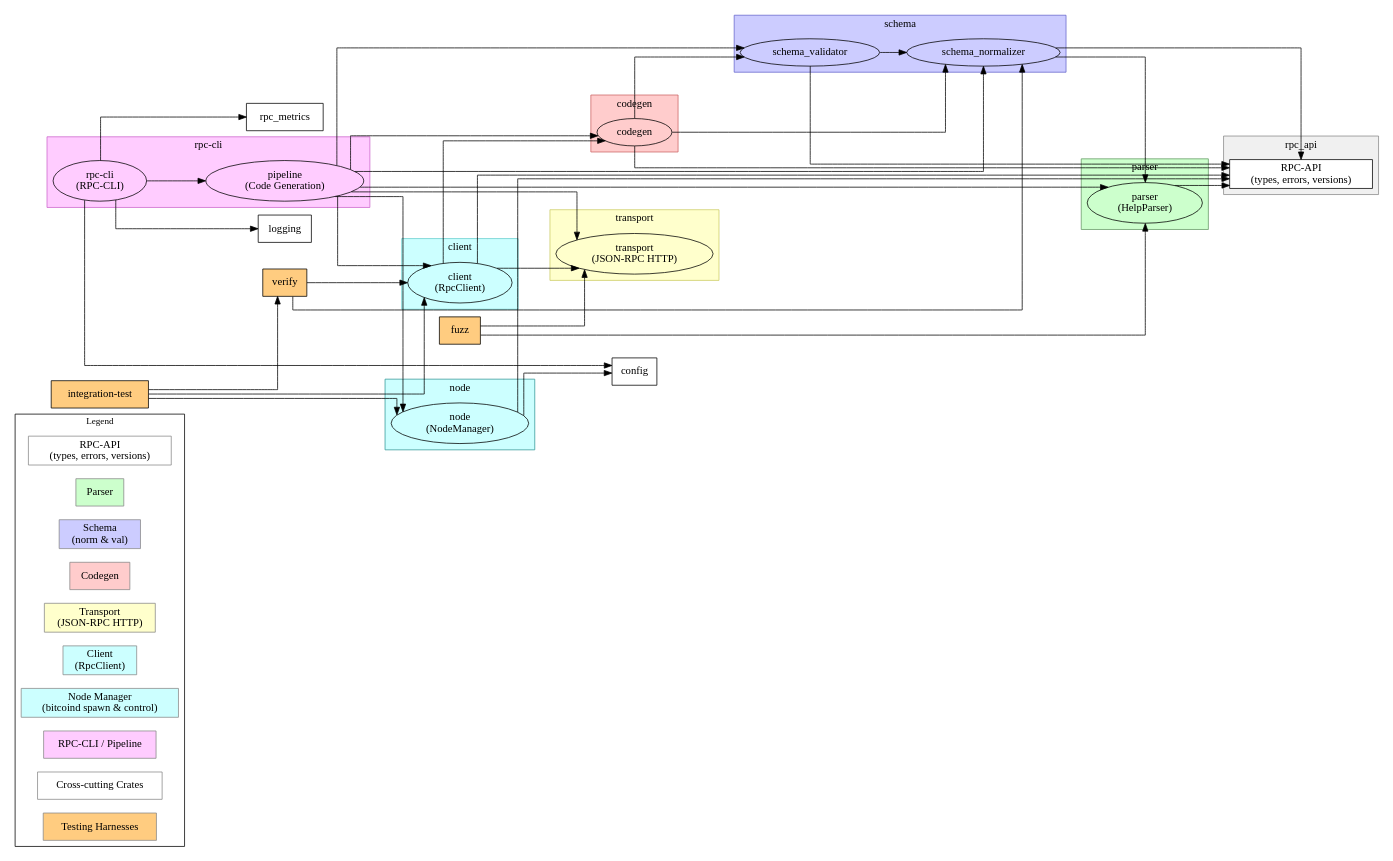
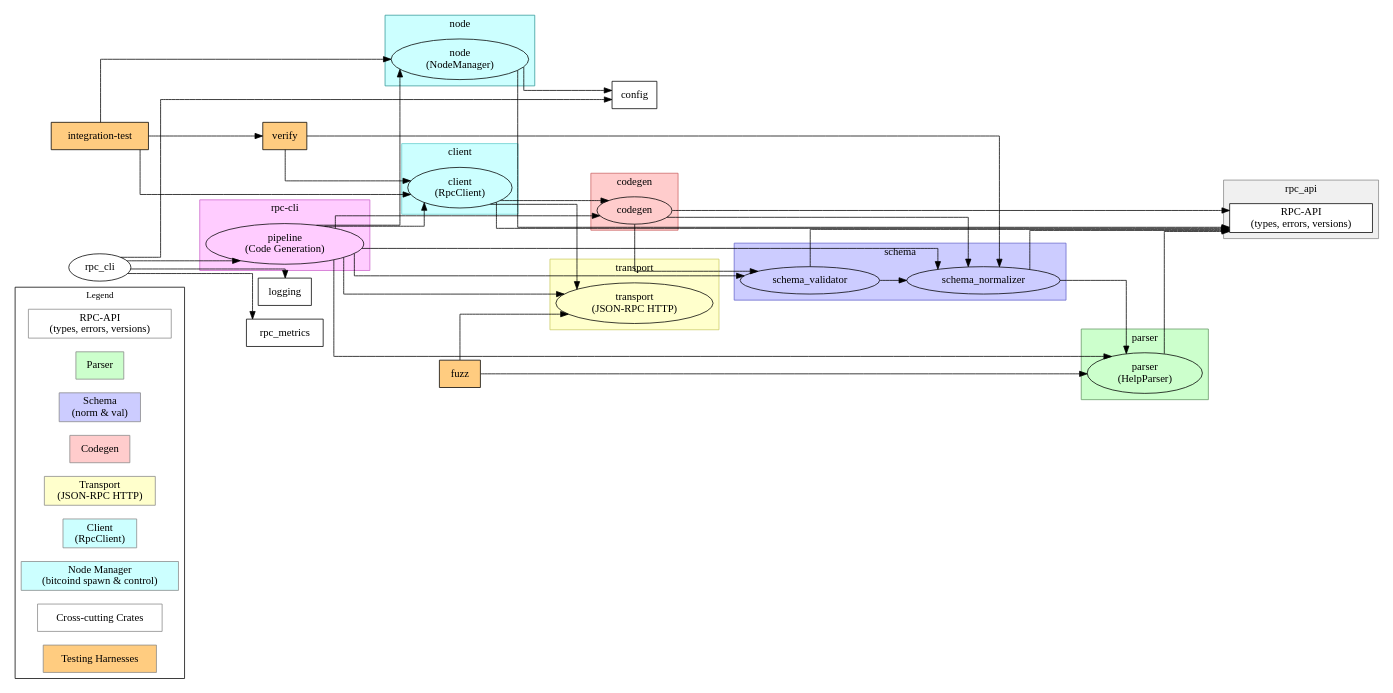
Before and after one commit to nervana21/bitcoin-rpc-codegen: the diagram in docs/structure.dot, drawn with Graphviz. The commit also changed 6 other files, not shown here.

First line of the commit message:
refactor(rpc-cli): Remove rpc-cli module and related files

```diff
--- a/docs/structure.dot
+++ b/docs/structure.dot
@@ -1,113 +1,111 @@
 digraph BitcoinRpcCodegen {
   graph [rankdir=LR, splines=ortho];
 
   // ───────────── Legend ─────────────
   subgraph cluster_legend {
     label="Legend"; fontsize=12;
     node [shape=box style=filled];
     legend_rpc_api   [label="RPC-API\n(types, errors, versions)" fillcolor="#ffffff" color="#888888"];
     legend_parser    [label="Parser" fillcolor="#ccffcc" color="#888888"];
     legend_schema    [label="Schema\n(norm & val)" fillcolor="#ccccff" color="#888888"];
     legend_codegen   [label="Codegen" fillcolor="#ffcccc" color="#888888"];
     legend_transport [label="Transport\n(JSON‑RPC HTTP)" fillcolor="#ffffcc" color="#888888"];
     legend_client    [label="Client\n(RpcClient)" fillcolor="#ccffff" color="#888888"];
     legend_node_mgr  [label="Node Manager\n(bitcoind spawn & control)" fillcolor="#ccffff" color="#888888"];
-    legend_rpc_cli   [label="RPC-CLI / Pipeline" fillcolor="#ffccff" color="#888888"];
     legend_cross     [label="Cross‑cutting Crates" fillcolor="#ffffff" color="#888888"];
     legend_tests     [label="Testing Harnesses" fillcolor="#ffcc80" color="#888888"];
   }
 
   // ───────────── RPC-API crate ─────────────
   subgraph cluster_rpc_api {
     label="rpc_api"; style=filled; fillcolor="#f0f0f0"; color="#888888";
     node [shape=box style=filled fillcolor="#ffffff" color="#000000"];
     rpc_api [label="RPC-API\n(types, errors, versions)"];
   }
 
   // ───────────── Parser crate ─────────────
   subgraph cluster_parser {
     label="parser"; style=filled; fillcolor="#ccffcc"; color="#669966";
     parser [label="parser\n(HelpParser)"];
   }
 
   // ───────────── Schema crate ─────────────
   subgraph cluster_schema {
     label="schema"; style=filled; fillcolor="#ccccff"; color="#6666CC";
     schema_norm [label="schema_normalizer"];
     schema_val  [label="schema_validator"];
   }
 
   // ───────────── Codegen crate ─────────────
   subgraph cluster_codegen {
     label="codegen"; style=filled; fillcolor="#ffcccc"; color="#CC6666";
     codegen [label="codegen"];
   }
 
   // ───────────── Transport crate ─────────────
   subgraph cluster_transport {
     label="transport"; style=filled; fillcolor="#ffffcc"; color="#CCCC66";
     transport [label="transport\n(JSON‑RPC HTTP)"];
   }
 
   // ───────────── Client crate ─────────────
   subgraph cluster_client {
     label="client"; style=filled; fillcolor="#ccffff"; color="#66CCCC";
     client [label="client\n(RpcClient)"];
   }
 
   // ───────────── Node Manager crate ─────────────
   subgraph cluster_node_mgr {
     label="node"; style=filled; fillcolor="#ccffff"; color="#339999";
     node_mgr [label="node\n(NodeManager)"];
   }
 
-  // ───────────── RPC_CLI / Pipeline crate ─────────────
+  // ───────────── Pipeline crate ─────────────
   subgraph cluster_rpc_cli {
     label="rpc-cli"; style=filled; fillcolor="#ffccff"; color="#CC66CC";
     pipeline [label="pipeline\n(Code Generation)"];
-    rpc_cli  [label="rpc-cli\n(RPC-CLI)"];
   }
 
   // ───────────── Cross‑cutting crates ─────────────
   config  [label="config"  shape=box style=filled fillcolor="#ffffff"];
   logging [label="logging" shape=box style=filled fillcolor="#ffffff"];
   rpc_metrics [label="rpc_metrics" shape=box style=filled fillcolor="#ffffff"];
 
   // ───────────── Testing harnesses ─────────────
   integration_test [label="integration-test" shape=box style=filled fillcolor="#ffcc80"];
   fuzz             [label="fuzz"            shape=box style=filled fillcolor="#ffcc80"];
   verify           [label="verify"          shape=box style=filled fillcolor="#ffcc80"];
 
   // ───────────── Dependencies ─────────────
   parser           -> rpc_api;
   schema_norm      -> parser;
   schema_norm      -> rpc_api;
   schema_val       -> schema_norm;
   schema_val       -> rpc_api;
   codegen          -> schema_norm;
   codegen          -> schema_val;
   codegen          -> rpc_api;
   client           -> codegen;
   client           -> transport;
   client           -> rpc_api;
   node_mgr         -> rpc_api;
   node_mgr         -> config;
   pipeline         -> parser;
   pipeline         -> schema_norm;
   pipeline         -> schema_val;
   pipeline         -> codegen;
   pipeline         -> transport;
   pipeline         -> client;
   pipeline         -> node_mgr;
   rpc_cli          -> pipeline;
   rpc_cli          -> config;
   rpc_cli          -> logging;
   rpc_cli          -> rpc_metrics;
   integration_test          -> node_mgr;
   integration_test -> client;
   integration_test -> verify;
   fuzz             -> parser;
   fuzz             -> transport;
   verify           -> client;
   verify           -> schema_norm;
 }
```
